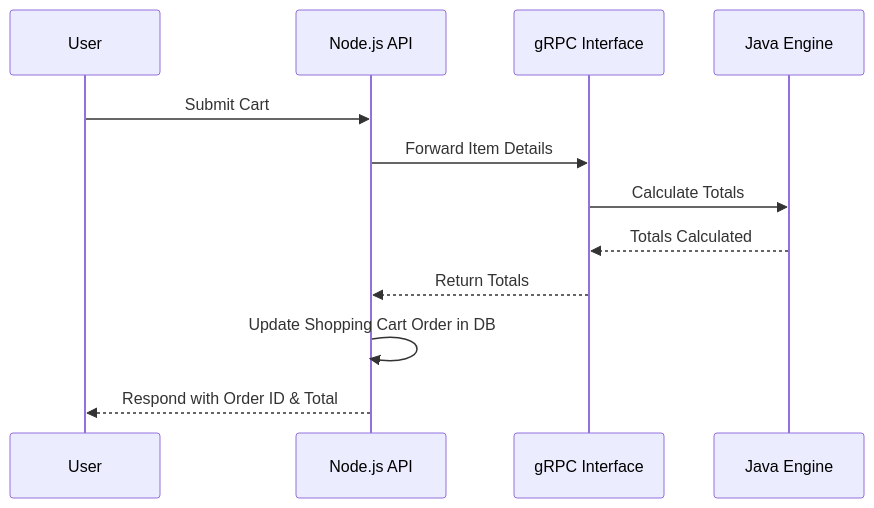
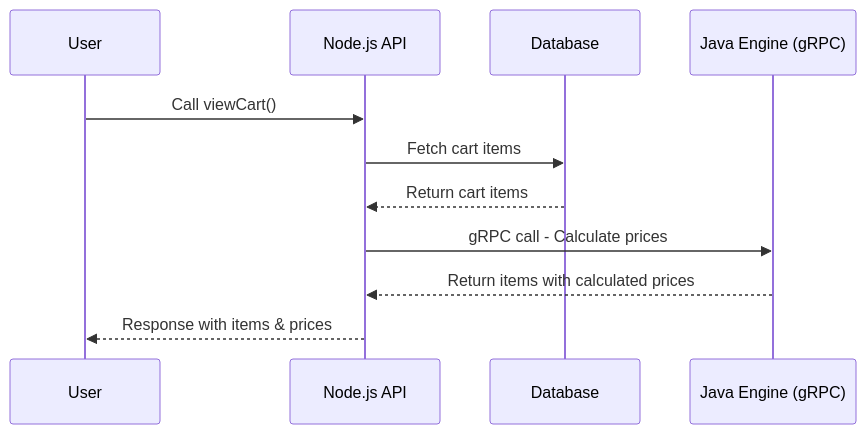
The third of 4 diagrams in README.MD (priyalorha/shopping-cart), drawn with Mermaid before and after one commit. The commit also changed other lines of this file and 19 other files, not shown here.

````diff
--- a/README.MD
+++ b/README.MD
@@ -114,15 +110,15 @@
 ```mermaid
 sequenceDiagram
-    participant User
-    participant NodejsAPI as Node.js API
-    participant gRPC as gRPC Interface
-    participant JavaEngine as Java Engine
+    participant User as User
+    participant NodeAPI as Node.js API
+    participant DB as Database
+    participant JavaEngine as Java Engine (gRPC)
 
-    User->>NodejsAPI: Submit Cart
-    NodejsAPI->>gRPC: Forward Item Details
-    gRPC->>JavaEngine: Calculate Totals
-    JavaEngine-->>gRPC: Totals Calculated
-    gRPC-->>NodejsAPI: Return Totals
-    NodejsAPI->>NodejsAPI: Update Shopping Cart Order in DB
-    NodejsAPI-->>User: Respond with Order ID & Total
+    User->>NodeAPI: Call viewCart()
+    NodeAPI->>DB: Fetch cart items
+    DB-->>NodeAPI: Return cart items
+    NodeAPI->>JavaEngine: gRPC call - Calculate prices
+    JavaEngine-->>NodeAPI: Return items with calculated prices
+    NodeAPI-->>User: Response with items & prices
+
 ```
````
